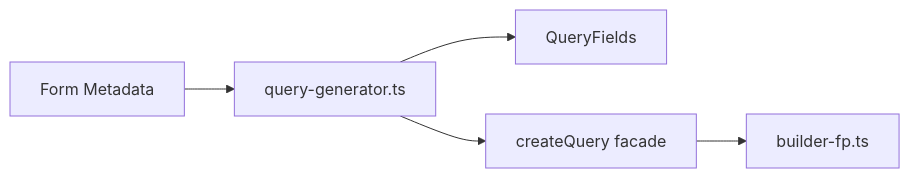
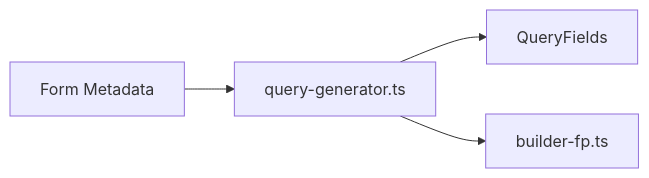
The fourth of 4 diagrams in docs/architecture.ja.md (Kensei-Kimoto/kintone-as-code), drawn with Mermaid before and after one commit. The commit also changed other lines of this file, not shown here.

Commit message:
PAR-42: アーキテクチャ図と説明からOOファサード痕跡を除去し、FPのみの公開方針を明記

````diff
--- a/docs/architecture.ja.md
+++ b/docs/architecture.ja.md
@@ -128,7 +124,6 @@
 ```mermaid
 flowchart LR
   META[Form Metadata] --> GEN[query-generator.ts]
   GEN --> QF[QueryFields]
-  GEN --> FACADE[createQuery facade]
-  FACADE --> FP[builder-fp.ts]
+  GEN --> FP[builder-fp.ts]
 ```
````
